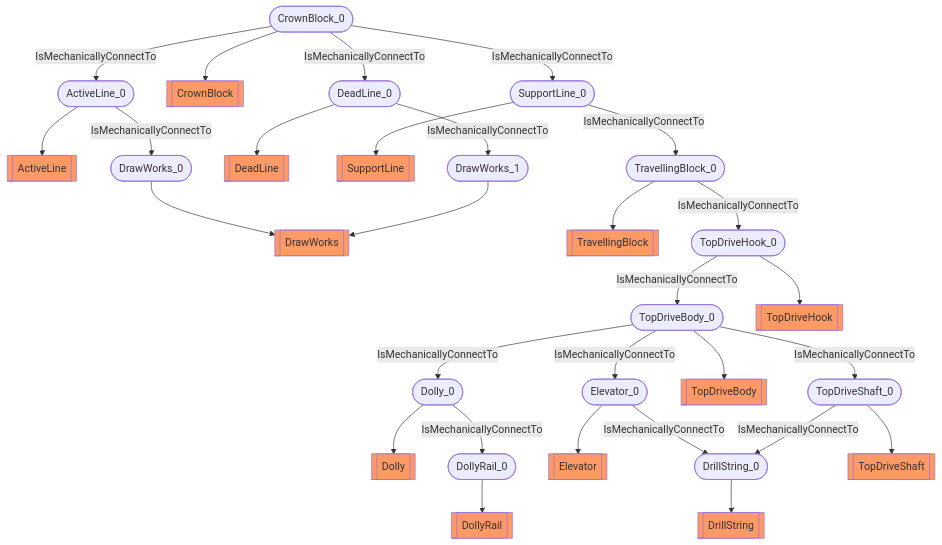
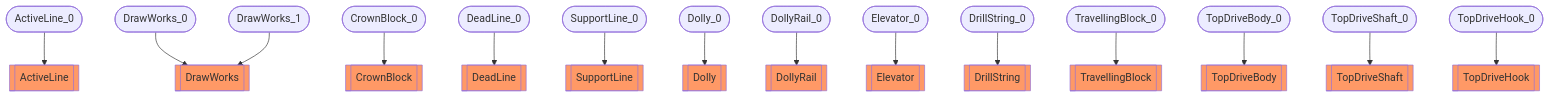
Before and after one commit to D-WIS/DDHub-Semantic-Interoperability: the diagram in docs/vocabulary_development/auto-generated/md/examples/Surface mechanical circuit.md, drawn with Mermaid. The commit also changed other lines of this file and 18 other files, not shown here.

````diff
--- a/docs/vocabulary_development/auto-generated/md/examples/Surface mechanical circuit.md
+++ b/docs/vocabulary_development/auto-generated/md/examples/Surface mechanical circuit.md
@@ -30,33 +16,19 @@
 ```mermaid
 flowchart TD
 	 classDef typeClass fill:#f96;
 	 classDef classClass fill:#9dd0ff;
 	ActiveLine_0([ActiveLine_0]) --> ActiveLine[[ActiveLine]]:::typeClass
 	DrawWorks_0([DrawWorks_0]) --> DrawWorks[[DrawWorks]]:::typeClass
 	CrownBlock_0([CrownBlock_0]) --> CrownBlock[[CrownBlock]]:::typeClass
 	DeadLine_0([DeadLine_0]) --> DeadLine[[DeadLine]]:::typeClass
 	SupportLine_0([SupportLine_0]) --> SupportLine[[SupportLine]]:::typeClass
 	DrawWorks_1([DrawWorks_1]) --> DrawWorks[[DrawWorks]]:::typeClass
 	Dolly_0([Dolly_0]) --> Dolly[[Dolly]]:::typeClass
 	DollyRail_0([DollyRail_0]) --> DollyRail[[DollyRail]]:::typeClass
 	Elevator_0([Elevator_0]) --> Elevator[[Elevator]]:::typeClass
 	DrillString_0([DrillString_0]) --> DrillString[[DrillString]]:::typeClass
 	TravellingBlock_0([TravellingBlock_0]) --> TravellingBlock[[TravellingBlock]]:::typeClass
 	TopDriveBody_0([TopDriveBody_0]) --> TopDriveBody[[TopDriveBody]]:::typeClass
 	TopDriveShaft_0([TopDriveShaft_0]) --> TopDriveShaft[[TopDriveShaft]]:::typeClass
 	TopDriveHook_0([TopDriveHook_0]) --> TopDriveHook[[TopDriveHook]]:::typeClass
-	 ActiveLine_0 -- IsMechanicallyConnectTo --> DrawWorks_0 
-	 CrownBlock_0 -- IsMechanicallyConnectTo --> ActiveLine_0 
-	 CrownBlock_0 -- IsMechanicallyConnectTo --> DeadLine_0 
-	 CrownBlock_0 -- IsMechanicallyConnectTo --> SupportLine_0 
-	 DeadLine_0 -- IsMechanicallyConnectTo --> DrawWorks_1 
-	 Dolly_0 -- IsMechanicallyConnectTo --> DollyRail_0 
-	 Elevator_0 -- IsMechanicallyConnectTo --> DrillString_0 
-	 SupportLine_0 -- IsMechanicallyConnectTo --> TravellingBlock_0 
-	 TopDriveBody_0 -- IsMechanicallyConnectTo --> Dolly_0 
-	 TopDriveBody_0 -- IsMechanicallyConnectTo --> Elevator_0 
-	 TopDriveBody_0 -- IsMechanicallyConnectTo --> TopDriveShaft_0 
-	 TopDriveHook_0 -- IsMechanicallyConnectTo --> TopDriveBody_0 
-	 TopDriveShaft_0 -- IsMechanicallyConnectTo --> DrillString_0 
-	 TravellingBlock_0 -- IsMechanicallyConnectTo --> TopDriveHook_0 
 ```
````
